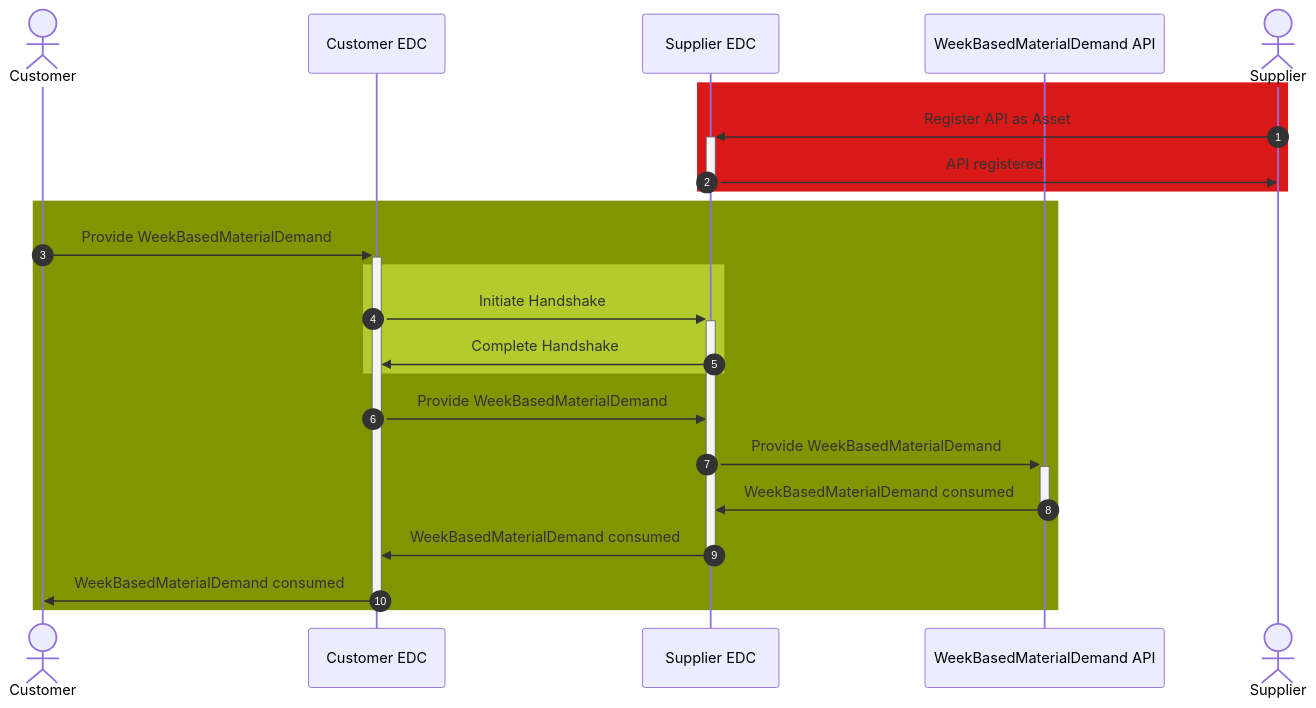
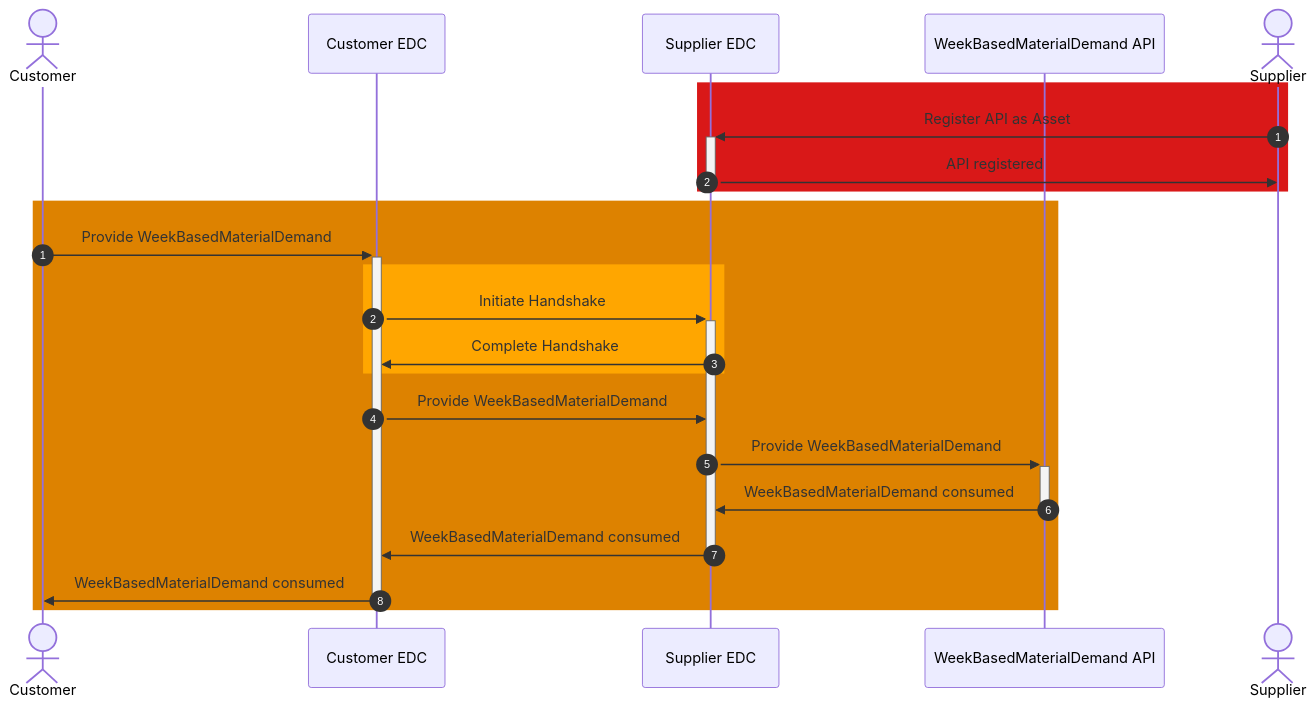
Before and after one commit to eclipse-tractusx/eclipse-tractusx.github.io: the diagram in docs-kits/kits/demand-and-capacity-management-kit/development-view/api-material-demand.md, drawn with Mermaid.

Commit message:
Update api-material-demand.md
@stefanhuber
Supplier + Capacity Group = Green
Customer + Material Demand = Orange

Autonumber is intended, because we do have two seperate sub-processes

````diff
--- a/docs-kits/kits/demand-and-capacity-management-kit/development-view/api-material-demand.md
+++ b/docs-kits/kits/demand-and-capacity-management-kit/development-view/api-material-demand.md
@@ -22,27 +22,28 @@
 ```mermaid
 sequenceDiagram
 autonumber
     actor c as Customer 
     participant ce as Customer EDC
     participant se as Supplier EDC
     participant a as WeekBasedMaterialDemand API
     actor s as Supplier
     
     rect rgb(217,24,24)
         s->>+se: Register API as Asset
         se->>-s: API registered
     end
-    rect rgb(128,149,00)
+autonumber 1
+    rect rgb(221,130,00)
         c->>+ce: Provide WeekBasedMaterialDemand
-        rect rgb(179,203,45)
+        rect rgb(255,166,0)
         ce->>+se: Initiate Handshake
         se->>ce: Complete Handshake
         end
     ce->>se: Provide WeekBasedMaterialDemand
     se->>+a: Provide WeekBasedMaterialDemand
     a->>-se: WeekBasedMaterialDemand consumed
     se->>-ce: WeekBasedMaterialDemand consumed
     ce->>-c: WeekBasedMaterialDemand consumed
     
     end
 ```
````
